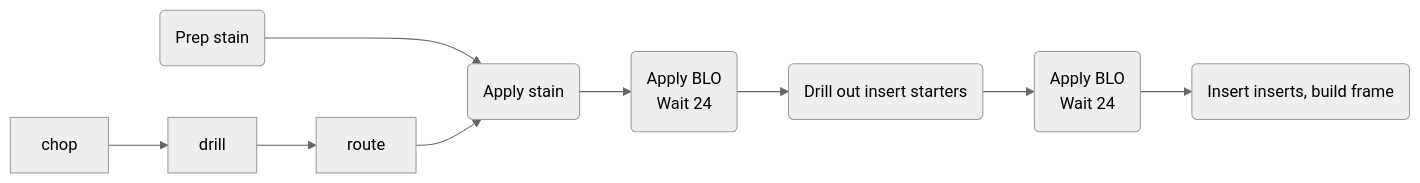
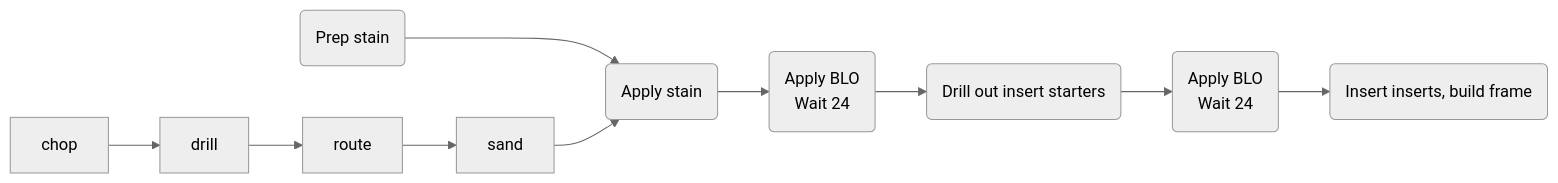
One commit to frankburgs/wood changed the diagram in README.md. Above: the diagram before and after it, drawn with Mermaid (neutral theme). The commit also changed other lines of this file, not shown here.

````diff
--- a/README.md
+++ b/README.md
@@ -1,21 +1,23 @@
 ```mermaid
 
 flowchart LR
 
     id1(Prep stain) ---> id2(Apply stain)
     
     chop-->drill
     
     drill-->route
     
-    route-->id2
+    route-->sand
+    
+    sand-->id2
     
     id2-->applyBLO1(Apply BLO<br>Wait 24)
     
     applyBLO1-->drillInserts(Drill out insert starters)
     
     drillInserts-->applyBLO2(Apply BLO<br>Wait 24)
     
     applyBLO2-->inserts(Insert inserts, build frame)
     
 ```
````
